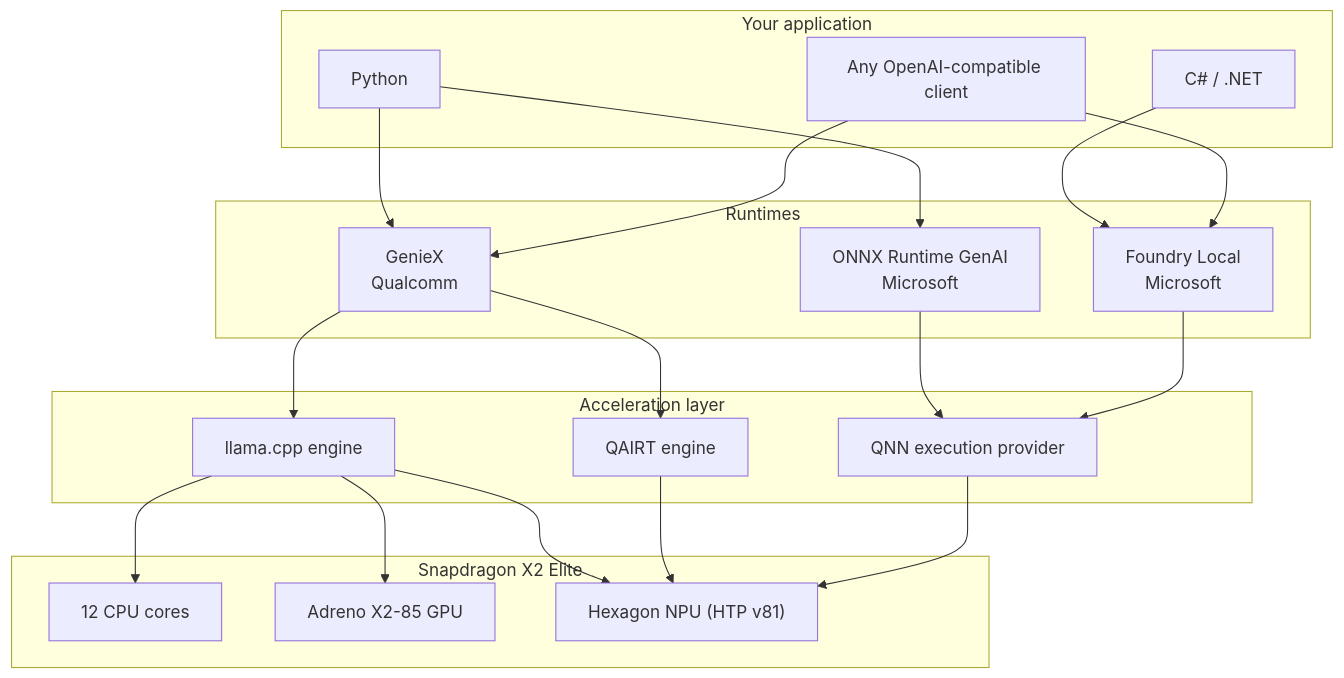
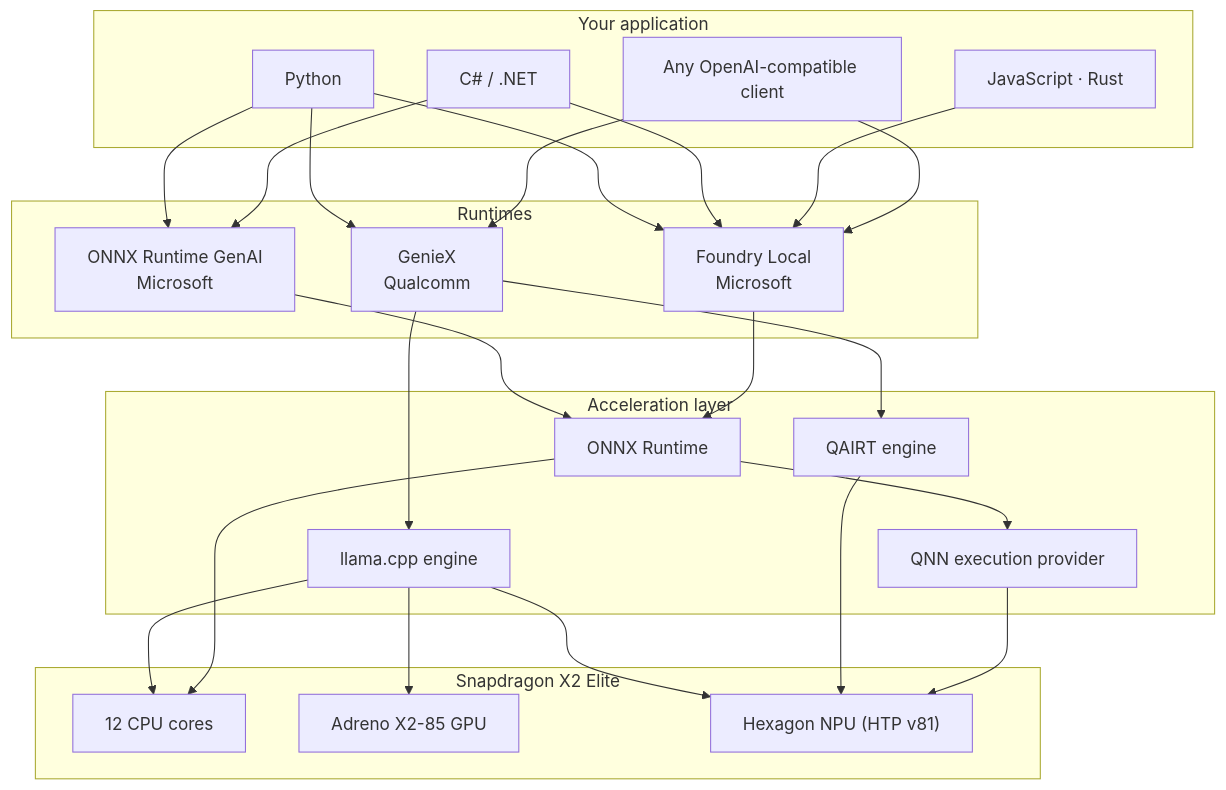
Before and after one commit to Tripperist/Atlas: the first of 3 diagrams in README.md, drawn with Mermaid. The commit also changed other lines of this file, not shown here.

````diff
--- a/README.md
+++ b/README.md
@@ -203,43 +203,50 @@
 ```mermaid
 flowchart TB
     subgraph APP["Your application"]
         PY["Python"]
         CS["C# / .NET"]
+        OTH["JavaScript · Rust"]
         HTTP["Any OpenAI-compatible client"]
     end
 
     subgraph RT["Runtimes"]
         GX["GenieX<br/>Qualcomm"]
         ORT["ONNX Runtime GenAI<br/>Microsoft"]
         FL["Foundry Local<br/>Microsoft"]
     end
 
     subgraph EP["Acceleration layer"]
         LC["llama.cpp engine"]
         QA["QAIRT engine"]
+        ORTC["ONNX Runtime"]
         QNN["QNN execution provider"]
     end
 
     subgraph HW["Snapdragon X2 Elite"]
         CPU["12 CPU cores"]
         GPU["Adreno X2-85 GPU"]
         NPU["Hexagon NPU (HTP v81)"]
     end
 
     PY --> GX
     PY --> ORT
+    PY --> FL
+    CS --> ORT
     CS --> FL
+    OTH --> FL
     HTTP --> GX
     HTTP --> FL
 
     GX --> LC
     GX --> QA
-    ORT --> QNN
-    FL --> QNN
+    ORT --> ORTC
+    FL --> ORTC
+    ORTC --> QNN
 
     LC --> CPU
     LC --> GPU
     LC --> NPU
     QA --> NPU
     QNN --> NPU
+    ORTC --> CPU
 ```
````
